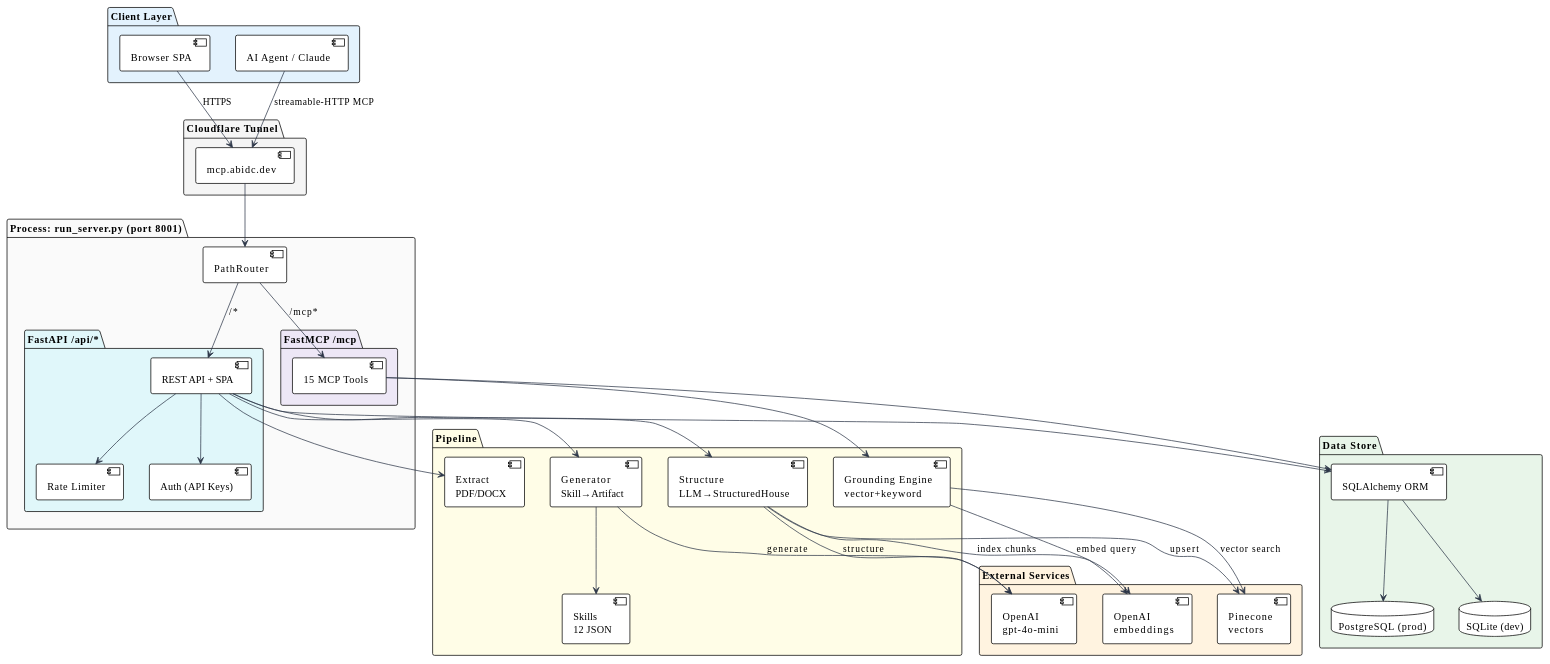
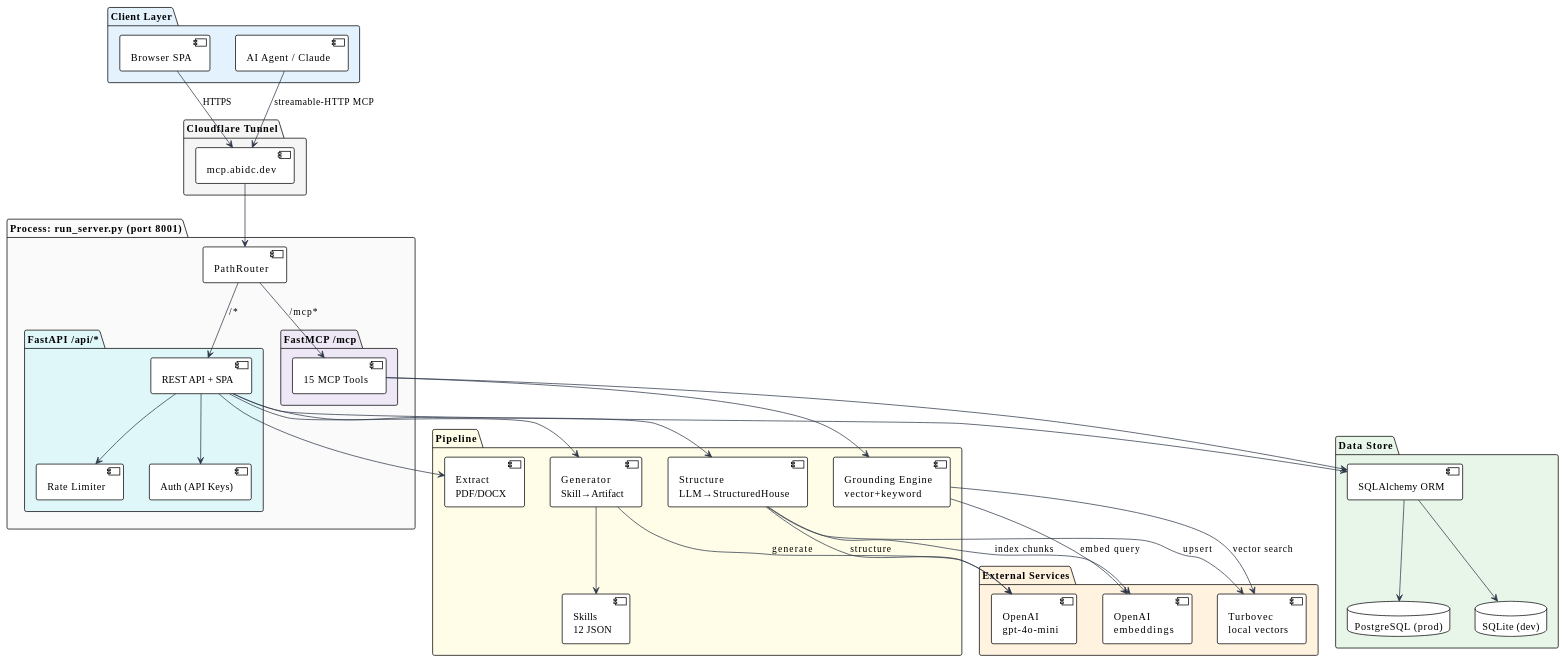
The second of 2 diagrams in docs/ARCHITECTURE.md (abidc/msgstack), drawn with PlantUML before and after one commit. The commit also changed other lines of this file and 6 other files, not shown here.

````diff
--- a/docs/ARCHITECTURE.md
+++ b/docs/ARCHITECTURE.md
@@ -693,73 +698,73 @@
 ```plantuml
 @startuml MsgStack Architecture
 !theme plain
 skinparam backgroundColor #FFFFFF
 skinparam ArrowColor #2D3748
 skinparam BoxBorderColor #2D3748
 
 package "Client Layer" #E3F2FD {
   [Browser SPA] as BROWSER
   [AI Agent / Claude] as AGENT
 }
 
 package "Cloudflare Tunnel" #F5F5F5 {
   [mcp.abidc.dev] as CF
 }
 
 package "Process: run_server.py (port 8001)" #FAFAFA {
   [PathRouter] as ROUTER
   package "FastMCP /mcp" #EDE7F6 {
     [15 MCP Tools] as TOOLS
   }
   package "FastAPI /api/*" #E0F7FA {
     [REST API + SPA] as API
     [Rate Limiter] as RL
     [Auth (API Keys)] as AUTH
   }
 }
 
 package "Pipeline" #FFFDE7 {
   [Extract\nPDF/DOCX] as EXT
   [Structure\nLLM→StructuredHouse] as STR
   [Generator\nSkill→Artifact] as GEN
   [Grounding Engine\nvector+keyword] as GRD
   [Skills\n12 JSON] as SKL
 }
 
 package "Data Store" #E8F5E9 {
   [SQLAlchemy ORM] as ORM
   database "SQLite (dev)" as SQLITE
   database "PostgreSQL (prod)" as PG
 }
 
 package "External Services" #FFF3E0 {
   [OpenAI\ngpt-4o-mini] as GPT
   [OpenAI\nembeddings] as EMB
-  [Pinecone\nvectors] as PC
+  [Turbovec\nlocal vectors] as TV
 }
 
 BROWSER --> CF : HTTPS
 AGENT --> CF : streamable-HTTP MCP
 CF --> ROUTER
 ROUTER --> TOOLS : /mcp*
 ROUTER --> API : /*
 API --> RL
 API --> AUTH
 API --> EXT
 API --> STR
 API --> GEN
 API --> ORM
 TOOLS --> GRD
 TOOLS --> ORM
 GEN --> SKL
 STR --> GPT : structure
 GEN --> GPT : generate
 GRD --> EMB : embed query
-GRD --> PC : vector search
+GRD --> TV : vector search
 STR --> EMB : index chunks
-STR --> PC : upsert
+STR --> TV : upsert
 ORM --> SQLITE
 ORM --> PG
 
 @enduml
 ```
````
